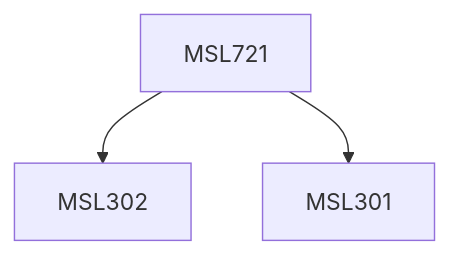
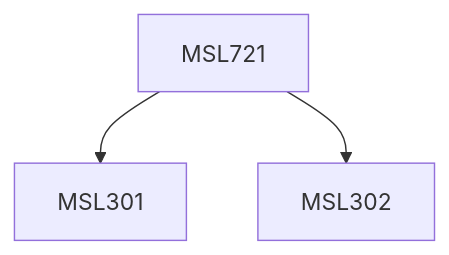
Before and after one commit to KeshavBansal0122/CoS_Website: the diagram in content/Management Studies/MSL721.md, drawn with Mermaid. The commit also changed other lines of this file and 2662 other files, not shown here.

````diff
--- a/content/Management Studies/MSL721.md
+++ b/content/Management Studies/MSL721.md
@@ -13,9 +13,9 @@
 ```mermaid
 flowchart TD
 MSL721-519[MSL721]
+MSL721-519 --> MSL301-519[MSL301]
 MSL721-519 --> MSL302-519[MSL302]
-MSL721-519 --> MSL301-519[MSL301]
 
 classDef empty height:17px, fill:transparent, stroke:transparent;
 classDef trueEmpty height:0px, width:0px;
 ```
````
